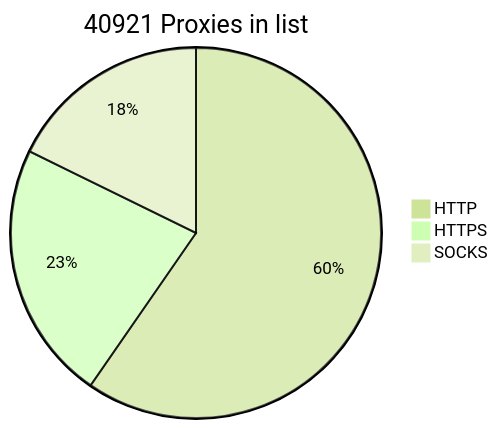
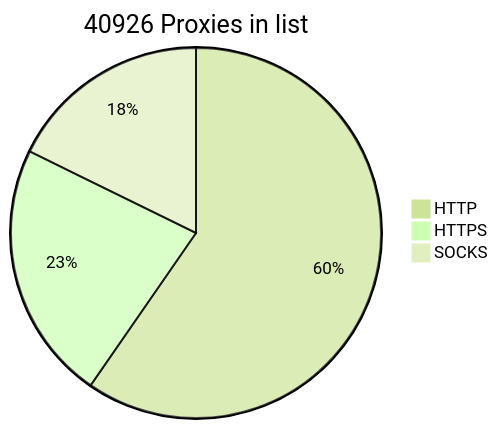
One commit to BlackSnowDot/proxylist-update-every-minute changed the diagram in README.md. Above: the diagram before and after it, drawn with Mermaid (forest theme).

````diff
--- a/README.md
+++ b/README.md
@@ -2,6 +2,6 @@
 ```mermaid
-pie title 40921 Proxies in list
-    "HTTP" : 28712
-    "HTTPS": 10896
+pie title 40926 Proxies in list
+    "HTTP" : 28716
+    "HTTPS": 10899
     "SOCKS" : 8541
 ```
````
